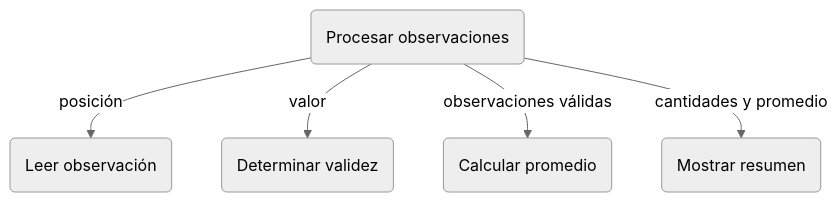
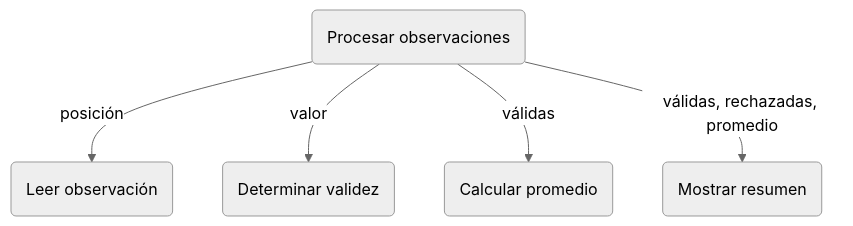
One commit to ahar0n/apuntes-computacion changed the diagram in fundamentos-programacion/modularidad-y-diseno-de-funciones/diseno-descendente.md. Above: the diagram before and after it, drawn with Mermaid. The commit also changed other lines of this file and 5 other files, not shown here.

````diff
--- a/fundamentos-programacion/modularidad-y-diseno-de-funciones/diseno-descendente.md
+++ b/fundamentos-programacion/modularidad-y-diseno-de-funciones/diseno-descendente.md
@@ -37,13 +165,14 @@
 ```mermaid
 ---
 config:
   theme: neutral
   themeVariables:
     fontFamily: "Fira Sans"
 ---
 flowchart TD
-    P(Procesar observaciones) -->|posición| L(Leer observación)
+    P(Procesar observaciones) 
+    P -->|posición| L("Leer observación")
     P -->|valor| V(Determinar validez)
-    P -->|observaciones válidas| C(Calcular promedio)
-    P -->|cantidades y promedio| M(Mostrar resumen)
+    P -->|válidas| C(Calcular promedio)
+    P -->|válidas, rechazadas, promedio| M(Mostrar resumen)
 ```
````
